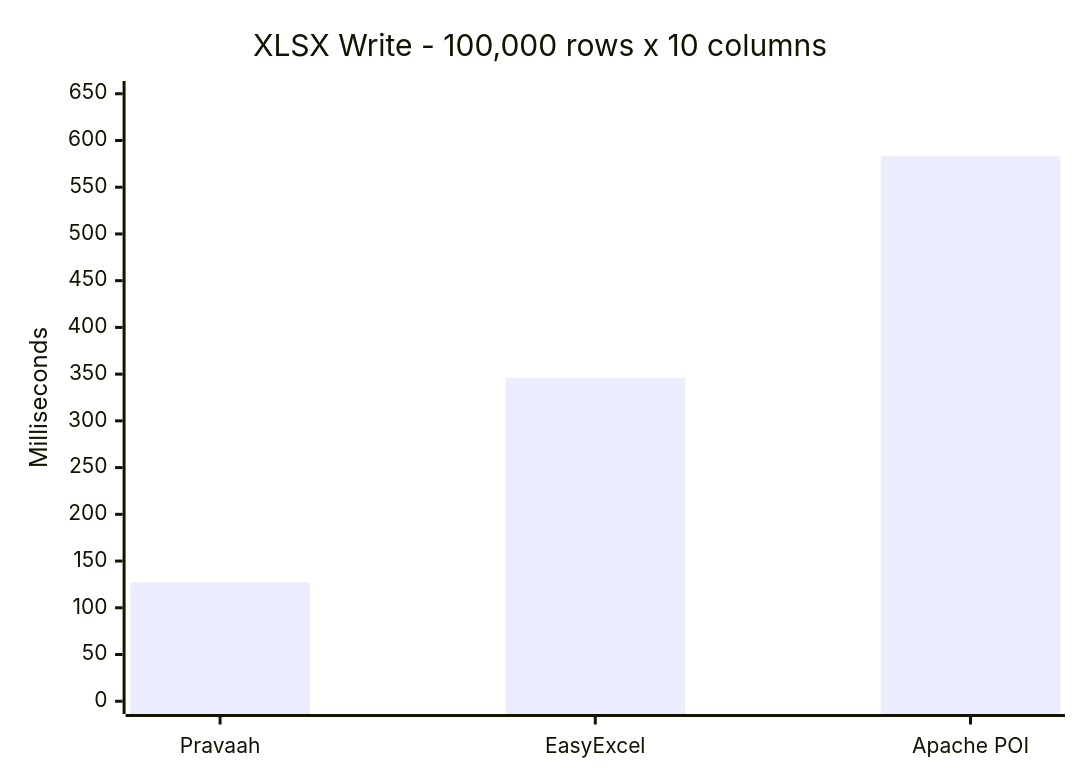
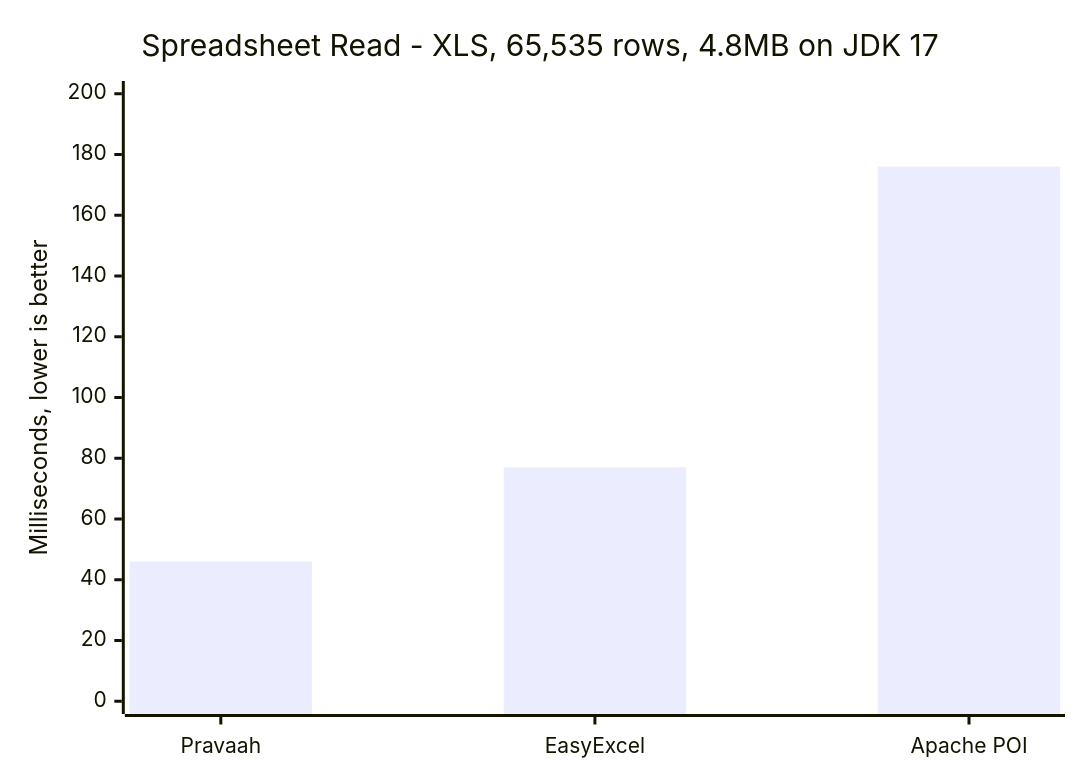
One commit to beingmartinbmc/pravaah-java changed the fourth of 6 diagrams in README.md. Above: the diagram before and after it, drawn with Mermaid. The commit also changed other lines of this file and 1 other file, not shown here.

````diff
--- a/README.md
+++ b/README.md
@@ -397,7 +417,7 @@
 ```mermaid
 xychart-beta
-    title "XLSX Write - 100,000 rows x 10 columns"
+    title "Spreadsheet Read - XLS, 65,535 rows, 4.8MB on JDK 17"
     x-axis ["Pravaah", "EasyExcel", "Apache POI"]
-    y-axis "Milliseconds" 0 --> 650
-    bar [127, 346, 583]
+    y-axis "Milliseconds, lower is better" 0 --> 200
+    bar [46, 77, 176]
 ```
````
